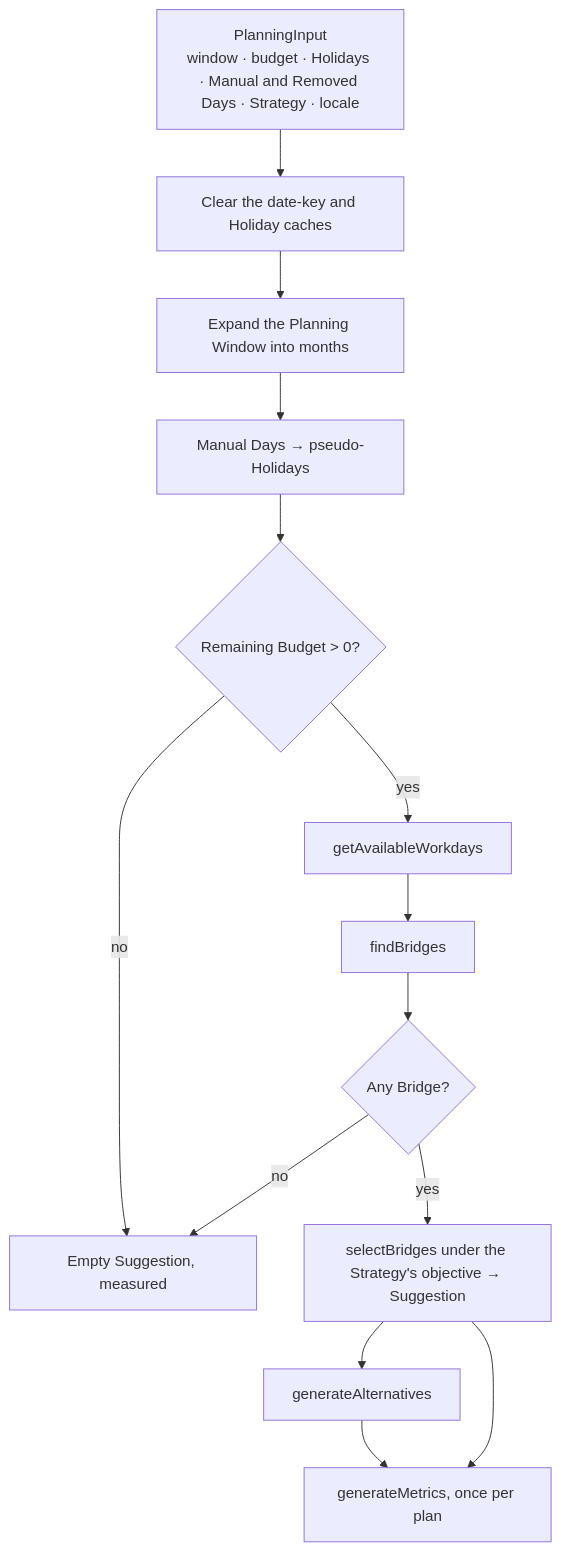
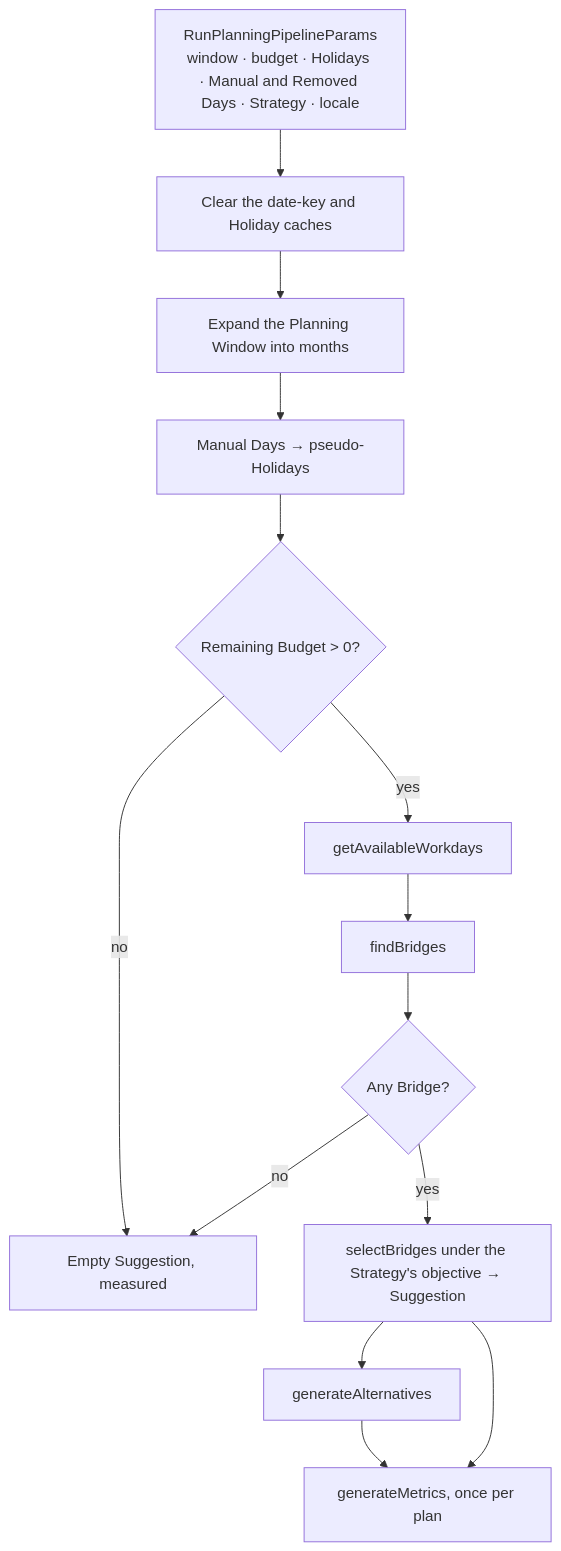
One commit to fbuireu/forever-pto changed the first of 4 diagrams in apps/docs/src/content/docs/how-it-works/planning-algorithm.mdx. Above: the diagram before and after it, drawn with Mermaid. The commit also changed other lines of this file and 239 other files, not shown here.

````diff
--- a/apps/docs/src/content/docs/how-it-works/planning-algorithm.mdx
+++ b/apps/docs/src/content/docs/how-it-works/planning-algorithm.mdx
@@ -13,21 +13,21 @@
 ```mermaid
 flowchart TD
-  IN[PlanningInput<br/>window · budget · Holidays · Manual and Removed Days · Strategy · locale]
+  IN[RunPlanningPipelineParams<br/>window · budget · Holidays · Manual and Removed Days · Strategy · locale]
   CLR[Clear the date-key and Holiday caches]
   WIN[Expand the Planning Window into months]
   PSEUDO[Manual Days → pseudo-Holidays]
   BUD{Remaining Budget > 0?}
   WD[getAvailableWorkdays]
   BR[findBridges]
   ANY{Any Bridge?}
   SEL[selectBridges under the Strategy's objective → Suggestion]
   ALT[generateAlternatives]
   MET[generateMetrics, once per plan]
   EMPTY[Empty Suggestion, measured]
   IN --> CLR --> WIN --> PSEUDO --> BUD
   BUD -- no --> EMPTY
   BUD -- yes --> WD --> BR --> ANY
   ANY -- no --> EMPTY
   ANY -- yes --> SEL --> ALT --> MET
   SEL --> MET
 ```
````
